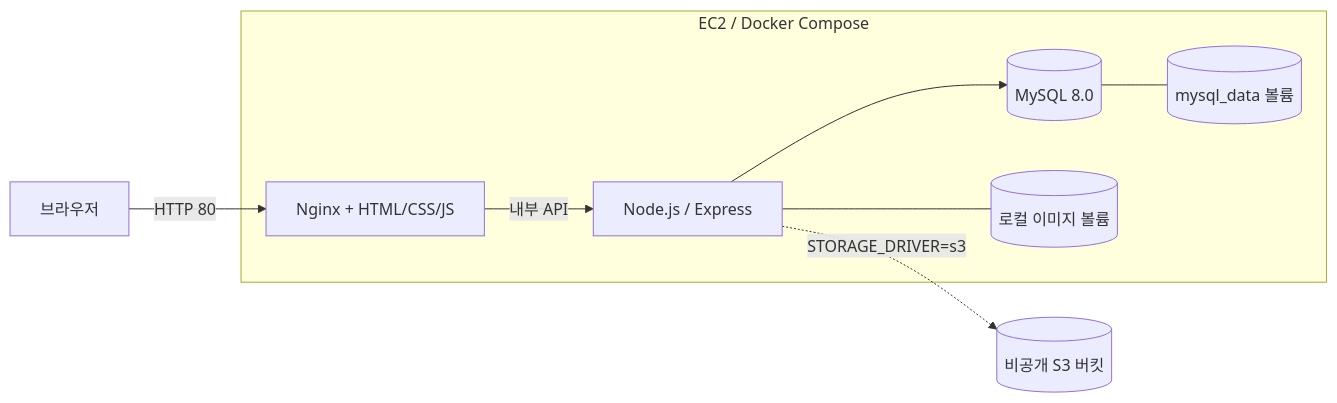
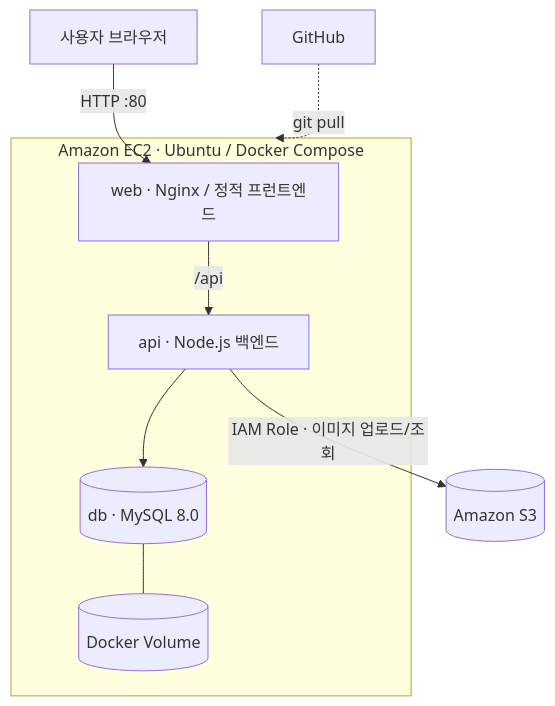
One commit to hiallu60/vs-game changed the diagram in README.md. Above: the diagram before and after it, drawn with Mermaid. The commit also changed other lines of this file, not shown here.

````diff
--- a/README.md
+++ b/README.md
@@ -13,11 +19,11 @@
 ```mermaid
-flowchart LR
-  U[브라우저] -->|HTTP 80| W[Nginx + HTML/CSS/JS]
-  subgraph EC2[EC2 / Docker Compose]
-    W -->|내부 API| A[Node.js / Express]
-    A --> D[(MySQL 8.0)]
-    D --- V[(mysql_data 볼륨)]
-    A --- L[(로컬 이미지 볼륨)]
-  end
-  A -. STORAGE_DRIVER=s3 .-> S[(비공개 S3 버킷)]
+flowchart TD
+    U[사용자 브라우저] -->|HTTP :80| W
+    subgraph EC2[Amazon EC2 · Ubuntu / Docker Compose]
+        W[web · Nginx / 정적 프런트엔드] -->|/api| A[api · Node.js 백엔드]
+        A --> D[(db · MySQL 8.0)]
+        D --- V[(Docker Volume)]
+    end
+    A -->|IAM Role · 이미지 업로드/조회| S[(Amazon S3)]
+    G[GitHub] -.->|git pull| EC2
 ```
````
